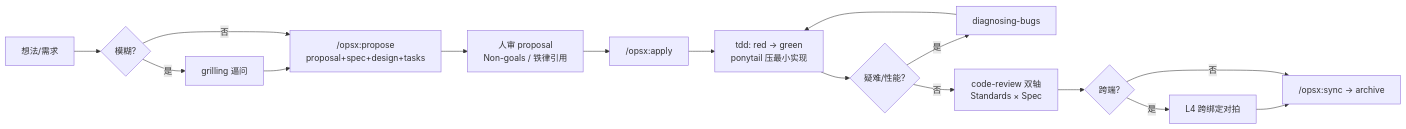
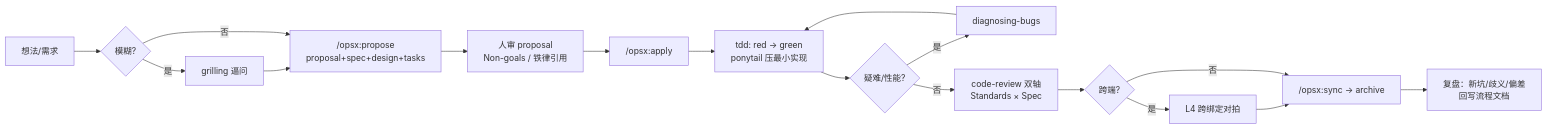
One commit to panz2018/netwave changed the diagram in Plan/开发流程.md. Above: the diagram before and after it, drawn with Mermaid. The commit also changed other lines of this file, not shown here.

````diff
--- a/Plan/开发流程.md
+++ b/Plan/开发流程.md
@@ -105,15 +117,16 @@
 ```mermaid
 flowchart LR
     A[想法/需求] --> B{模糊?}
     B -- 是 --> G[grilling 逼问] --> P
     B -- 否 --> P["/opsx:propose<br/>proposal+spec+design+tasks"]
     P --> R[人审 proposal<br/>Non-goals / 铁律引用]
     R --> AP["/opsx:apply"]
     AP --> T["tdd: red → green<br/>ponytail 压最小实现"]
     T --> D{疑难/性能?}
     D -- 是 --> DB[diagnosing-bugs] --> T
     D -- 否 --> CR["code-review 双轴<br/>Standards × Spec"]
     CR --> L4{跨端?}
     L4 -- 是 --> X[L4 跨绑定对拍] --> S
     L4 -- 否 --> S["/opsx:sync → archive"]
+    S --> RP["复盘：新坑/歧义/偏差<br/>回写流程文档"]
 ```
````
